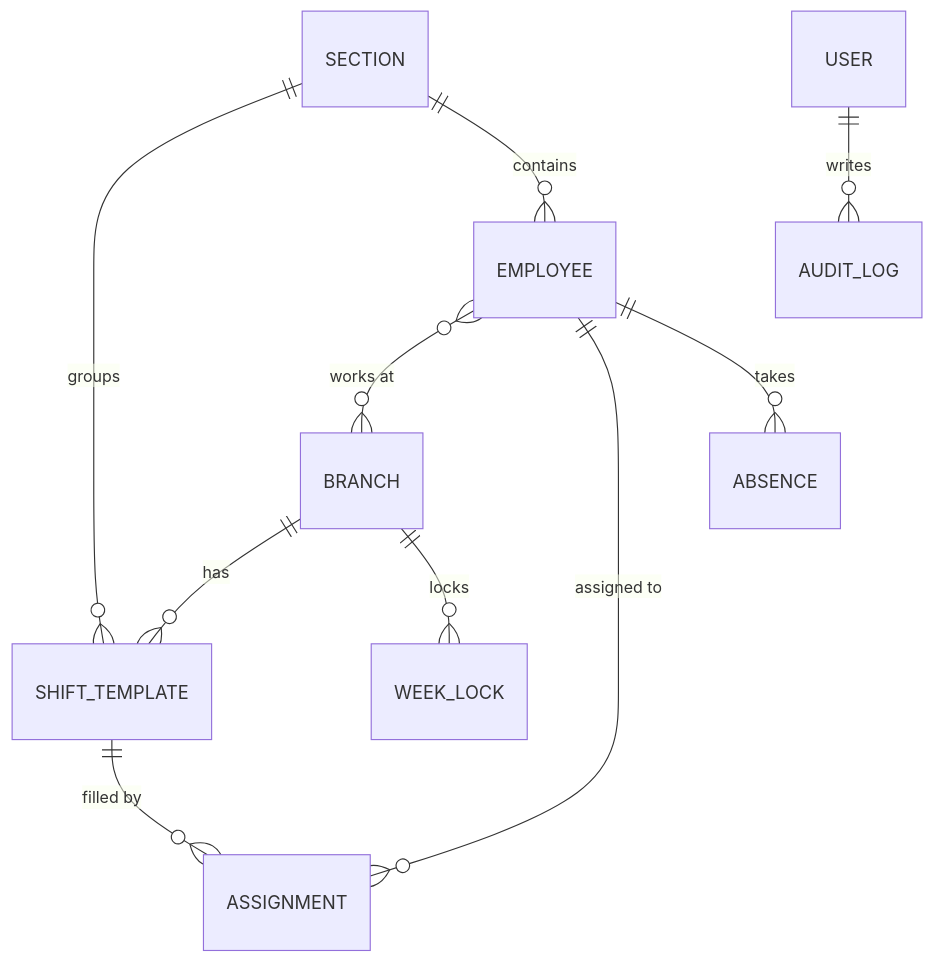
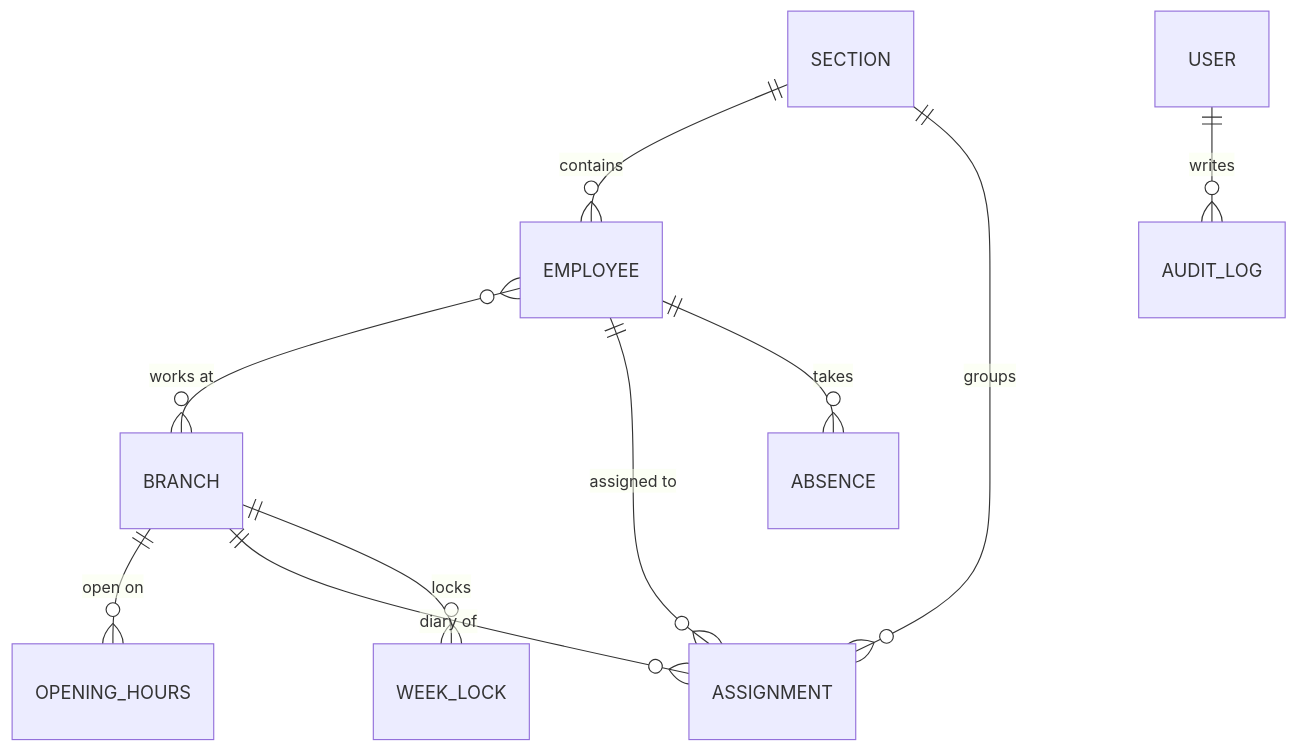
Before and after one commit to galasulin/shift-scheduler-showcase: the second of 2 diagrams in README.md, drawn with Mermaid. The commit also changed other lines of this file and 1 other file, not shown here.

````diff
--- a/README.md
+++ b/README.md
@@ -90,12 +97,12 @@
 ```mermaid
 erDiagram
-    BRANCH ||--o{ SHIFT_TEMPLATE : has
-    SECTION ||--o{ SHIFT_TEMPLATE : groups
+    BRANCH ||--o{ OPENING_HOURS : "open on"
+    BRANCH ||--o{ ASSIGNMENT : "diary of"
     SECTION ||--o{ EMPLOYEE : contains
+    SECTION ||--o{ ASSIGNMENT : groups
     EMPLOYEE }o--o{ BRANCH : "works at"
-    SHIFT_TEMPLATE ||--o{ ASSIGNMENT : "filled by"
     EMPLOYEE ||--o{ ASSIGNMENT : "assigned to"
     EMPLOYEE ||--o{ ABSENCE : takes
     BRANCH ||--o{ WEEK_LOCK : "locks"
     USER ||--o{ AUDIT_LOG : writes
 ```
````
